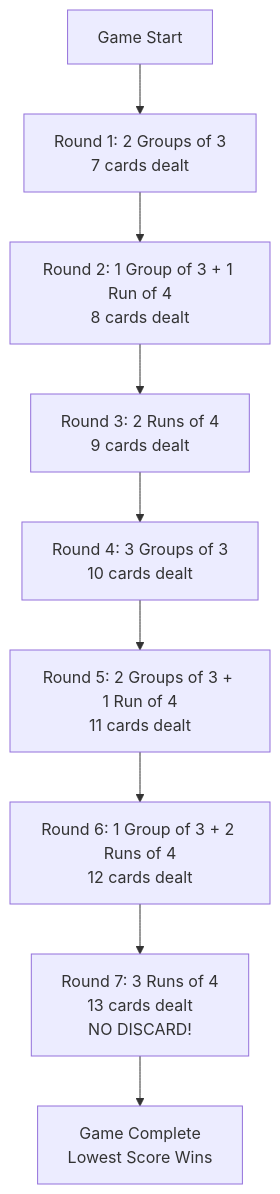
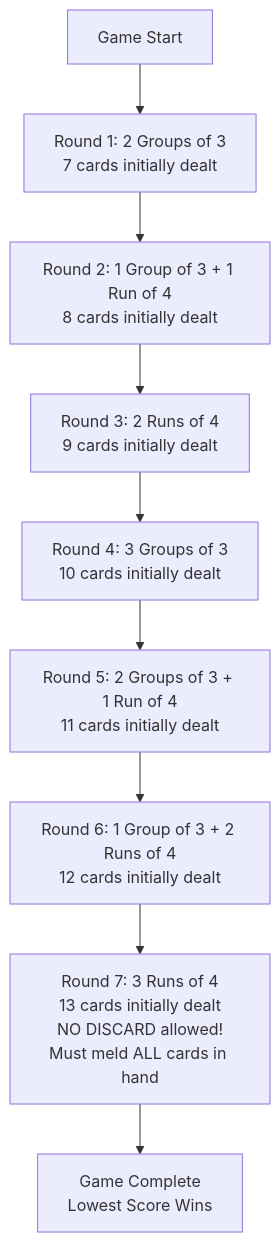
One commit to gmlewis/godot-liverpool-rummy changed the first of 3 diagrams in docs/game-rules-implementation.md. Above: the diagram before and after it, drawn with Mermaid. The commit also changed other lines of this file and 1 other file, not shown here.

````diff
--- a/docs/game-rules-implementation.md
+++ b/docs/game-rules-implementation.md
@@ -11,11 +13,11 @@
 ```mermaid
 graph TD
-    Start[Game Start] --> R1[Round 1: 2 Groups of 3<br/>7 cards dealt]
-    R1 --> R2[Round 2: 1 Group of 3 + 1 Run of 4<br/>8 cards dealt]
-    R2 --> R3[Round 3: 2 Runs of 4<br/>9 cards dealt]
-    R3 --> R4[Round 4: 3 Groups of 3<br/>10 cards dealt]
-    R4 --> R5[Round 5: 2 Groups of 3 + 1 Run of 4<br/>11 cards dealt]
-    R5 --> R6[Round 6: 1 Group of 3 + 2 Runs of 4<br/>12 cards dealt]
-    R6 --> R7[Round 7: 3 Runs of 4<br/>13 cards dealt<br/>NO DISCARD!]
+    Start[Game Start] --> R1[Round 1: 2 Groups of 3<br/>7 cards initially dealt]
+    R1 --> R2[Round 2: 1 Group of 3 + 1 Run of 4<br/>8 cards initially dealt]
+    R2 --> R3[Round 3: 2 Runs of 4<br/>9 cards initially dealt]
+    R3 --> R4[Round 4: 3 Groups of 3<br/>10 cards initially dealt]
+    R4 --> R5[Round 5: 2 Groups of 3 + 1 Run of 4<br/>11 cards initially dealt]
+    R5 --> R6[Round 6: 1 Group of 3 + 2 Runs of 4<br/>12 cards initially dealt]
+    R6 --> R7[Round 7: 3 Runs of 4<br/>13 cards initially dealt<br/>NO DISCARD allowed!<br/>Must meld ALL cards in hand]
     R7 --> End[Game Complete<br/>Lowest Score Wins]
 ```
````
